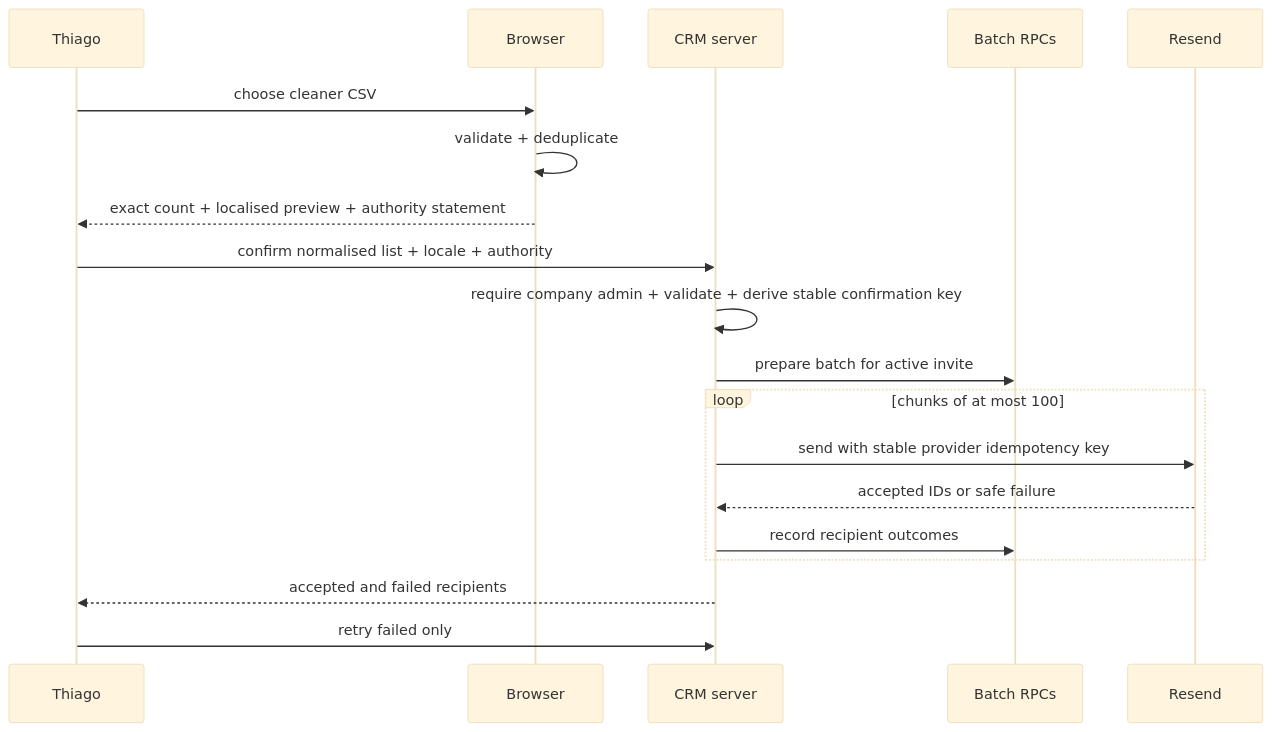
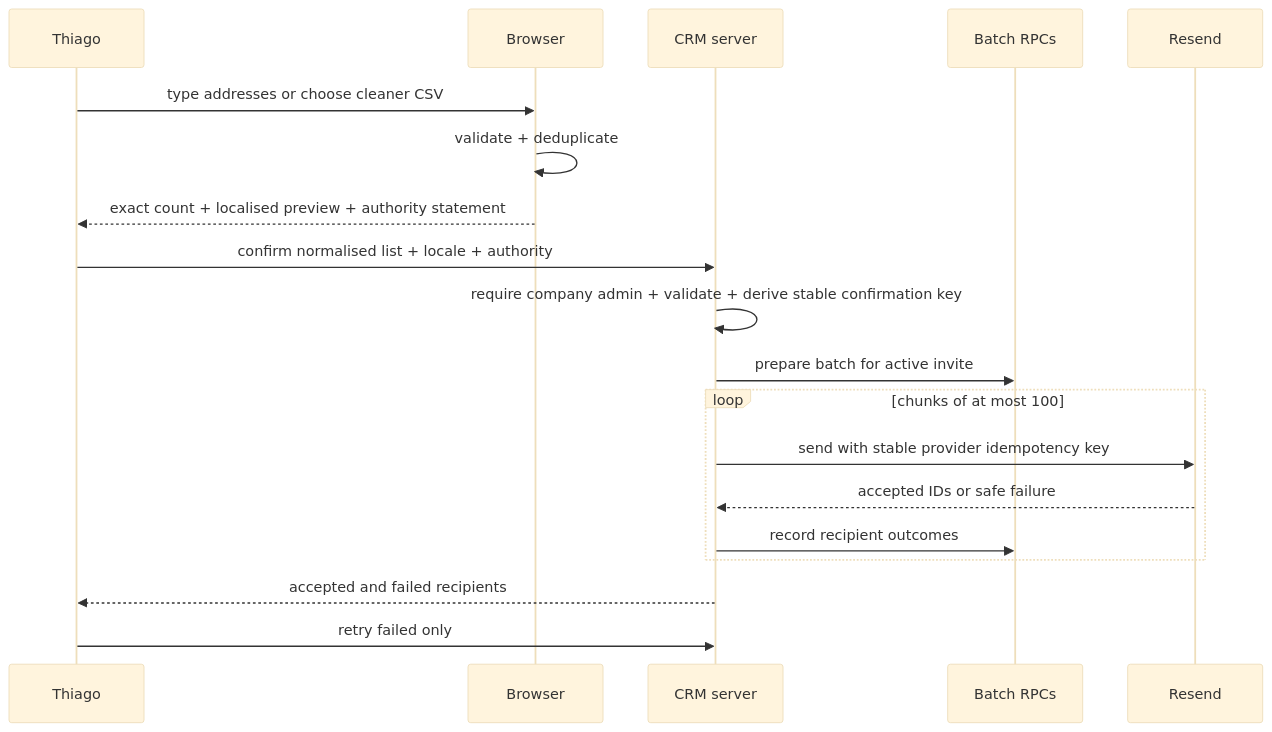
Before and after one commit to lspinheiro/clean_app_crm: the fourth of 4 diagrams in docs/design/phase-a-adoption/lld-crm.md, drawn with Mermaid (base theme). The commit also changed other lines of this file and 7 other files, not shown here.

````diff
--- a/docs/design/phase-a-adoption/lld-crm.md
+++ b/docs/design/phase-a-adoption/lld-crm.md
@@ -228,21 +231,21 @@
 ```mermaid
 sequenceDiagram
     participant T as Thiago
     participant B as Browser
     participant S as CRM server
     participant DB as Batch RPCs
     participant R as Resend
-    T->>B: choose cleaner CSV
+    T->>B: type addresses or choose cleaner CSV
     B->>B: validate + deduplicate
     B-->>T: exact count + localised preview + authority statement
     T->>S: confirm normalised list + locale + authority
     S->>S: require company admin + validate + derive stable confirmation key
     S->>DB: prepare batch for active invite
     loop chunks of at most 100
         S->>R: send with stable provider idempotency key
         R-->>S: accepted IDs or safe failure
         S->>DB: record recipient outcomes
     end
     S-->>T: accepted and failed recipients
     T->>S: retry failed only
 ```
````
